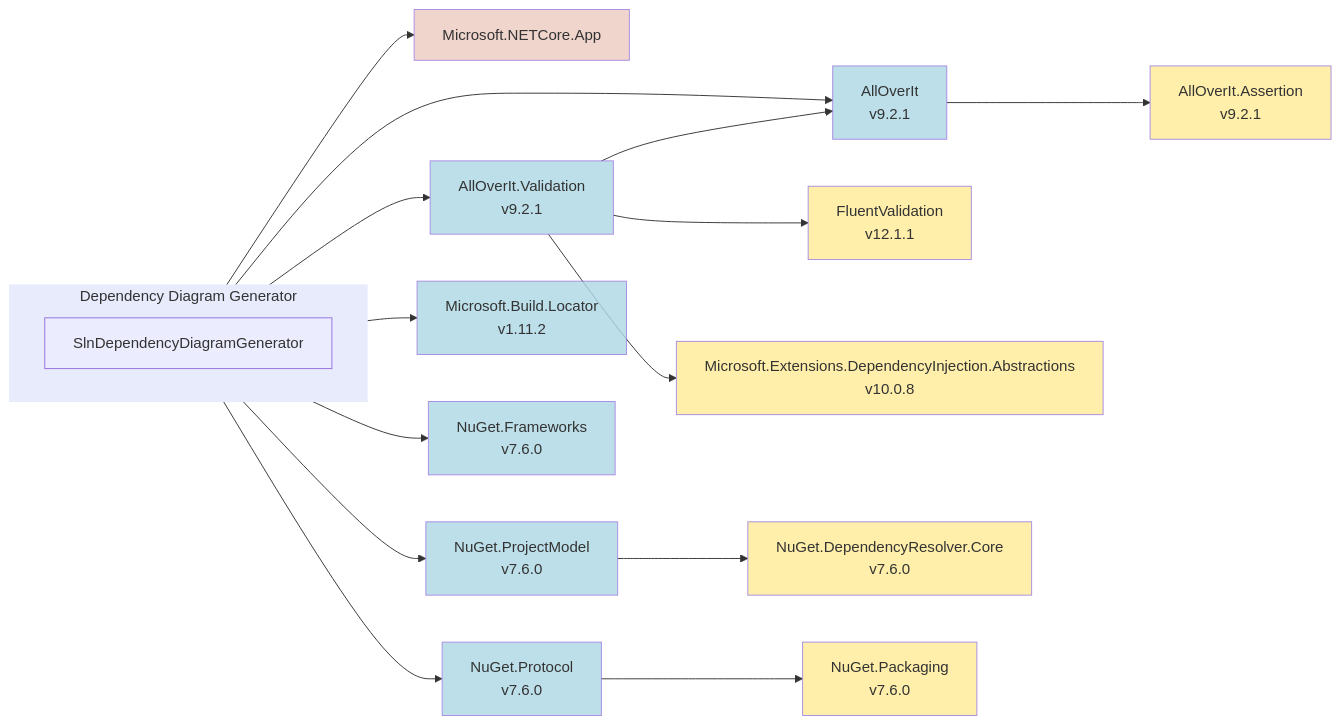
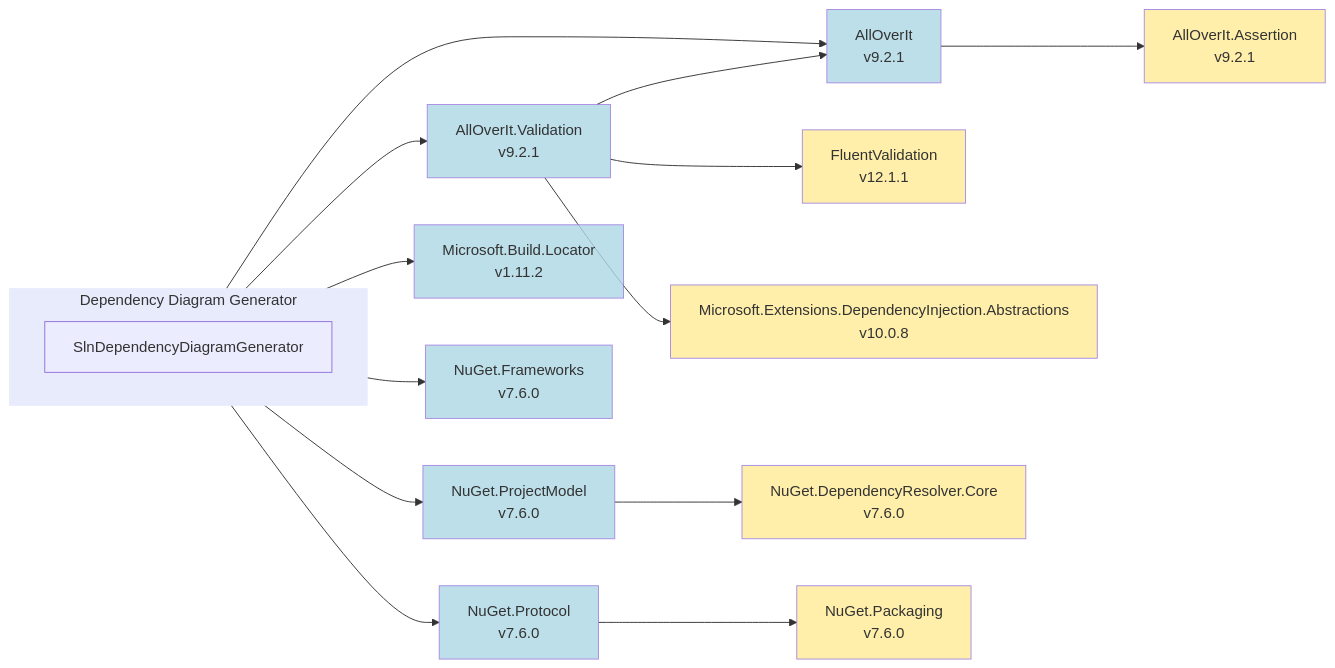
The diagram in Samples/Output/net8.0/mmd/dependency diagram generator-all.mmd (mjfreelancing/SlnDependencyDiagramGenerator), drawn with Mermaid before and after one commit. The commit also changed 73 other files, not shown here.

```diff
--- a/Samples/Output/net8.0/mmd/dependency diagram generator-all.mmd
+++ b/Samples/Output/net8.0/mmd/dependency diagram generator-all.mmd
@@ -1,43 +1,40 @@
 flowchart LR
   subgraph ddg["Dependency Diagram Generator"]
     direction LR
     ddg_slndependencydiagramgenerator["SlnDependencyDiagramGenerator"]
   end
-  microsoft-netcore-app["Microsoft.NETCore.App"]
   alloverit_9-2-1["AllOverIt<br>v9.2.1"]
   alloverit-assertion_9-2-1["AllOverIt.Assertion<br>v9.2.1"]
   alloverit-validation_9-2-1["AllOverIt.Validation<br>v9.2.1"]
   fluentvalidation_12-1-1["FluentValidation<br>v12.1.1"]
   microsoft-extensions-dependencyinjection-abstractions_10-0-8["Microsoft.Extensions.DependencyInjection.Abstractions<br>v10.0.8"]
   microsoft-build-locator_1-11-2["Microsoft.Build.Locator<br>v1.11.2"]
   nuget-frameworks_7-6-0["NuGet.Frameworks<br>v7.6.0"]
   nuget-projectmodel_7-6-0["NuGet.ProjectModel<br>v7.6.0"]
   nuget-dependencyresolver-core_7-6-0["NuGet.DependencyResolver.Core<br>v7.6.0"]
   nuget-protocol_7-6-0["NuGet.Protocol<br>v7.6.0"]
   nuget-packaging_7-6-0["NuGet.Packaging<br>v7.6.0"]
-  ddg_slndependencydiagramgenerator --> microsoft-netcore-app
   ddg_slndependencydiagramgenerator --> alloverit_9-2-1
   alloverit_9-2-1 --> alloverit-assertion_9-2-1
   ddg_slndependencydiagramgenerator --> alloverit-validation_9-2-1
   alloverit-validation_9-2-1 --> alloverit_9-2-1
   alloverit-validation_9-2-1 --> fluentvalidation_12-1-1
   alloverit-validation_9-2-1 --> microsoft-extensions-dependencyinjection-abstractions_10-0-8
   ddg_slndependencydiagramgenerator --> microsoft-build-locator_1-11-2
   ddg_slndependencydiagramgenerator --> nuget-frameworks_7-6-0
   ddg_slndependencydiagramgenerator --> nuget-projectmodel_7-6-0
   nuget-projectmodel_7-6-0 --> nuget-dependencyresolver-core_7-6-0
   ddg_slndependencydiagramgenerator --> nuget-protocol_7-6-0
   nuget-protocol_7-6-0 --> nuget-packaging_7-6-0
   style ddg fill:#E7EBFC,stroke:#E7EBFC,stroke-width:1px,opacity:1
-  style microsoft-netcore-app fill:#ECCBC0,opacity:0.8
   style alloverit_9-2-1 fill:#ADD8E6,opacity:0.8
   style alloverit-assertion_9-2-1 fill:#FFEC96,opacity:0.8
   style alloverit-validation_9-2-1 fill:#ADD8E6,opacity:0.8
   style fluentvalidation_12-1-1 fill:#FFEC96,opacity:0.8
   style microsoft-extensions-dependencyinjection-abstractions_10-0-8 fill:#FFEC96,opacity:0.8
   style microsoft-build-locator_1-11-2 fill:#ADD8E6,opacity:0.8
   style nuget-frameworks_7-6-0 fill:#ADD8E6,opacity:0.8
   style nuget-projectmodel_7-6-0 fill:#ADD8E6,opacity:0.8
   style nuget-dependencyresolver-core_7-6-0 fill:#FFEC96,opacity:0.8
   style nuget-protocol_7-6-0 fill:#ADD8E6,opacity:0.8
   style nuget-packaging_7-6-0 fill:#FFEC96,opacity:0.8
```
